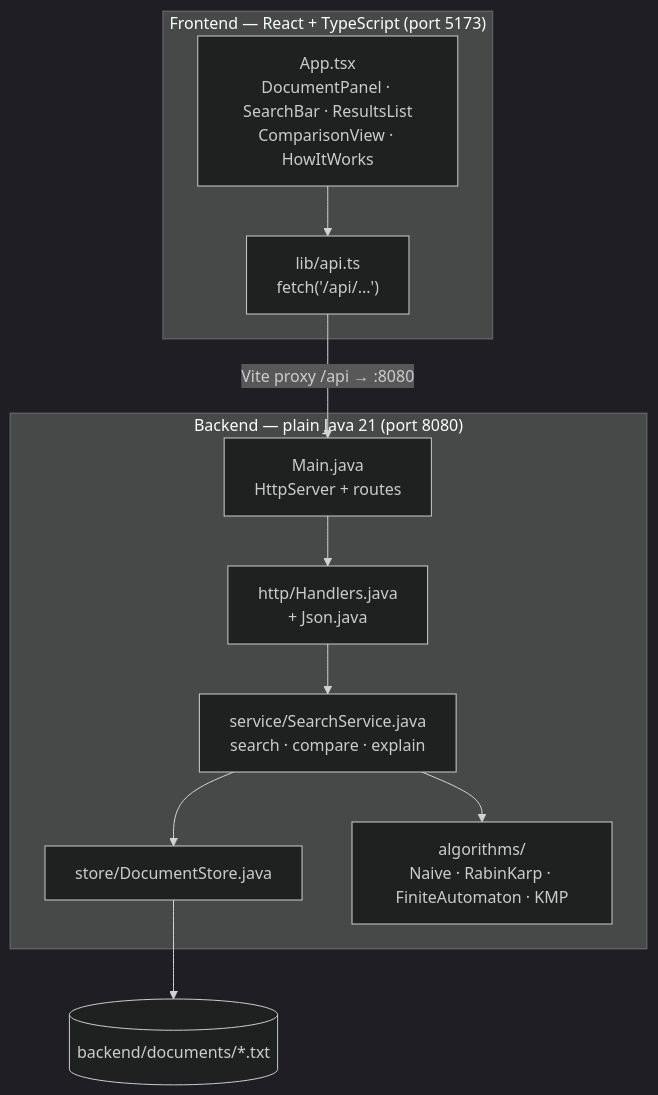
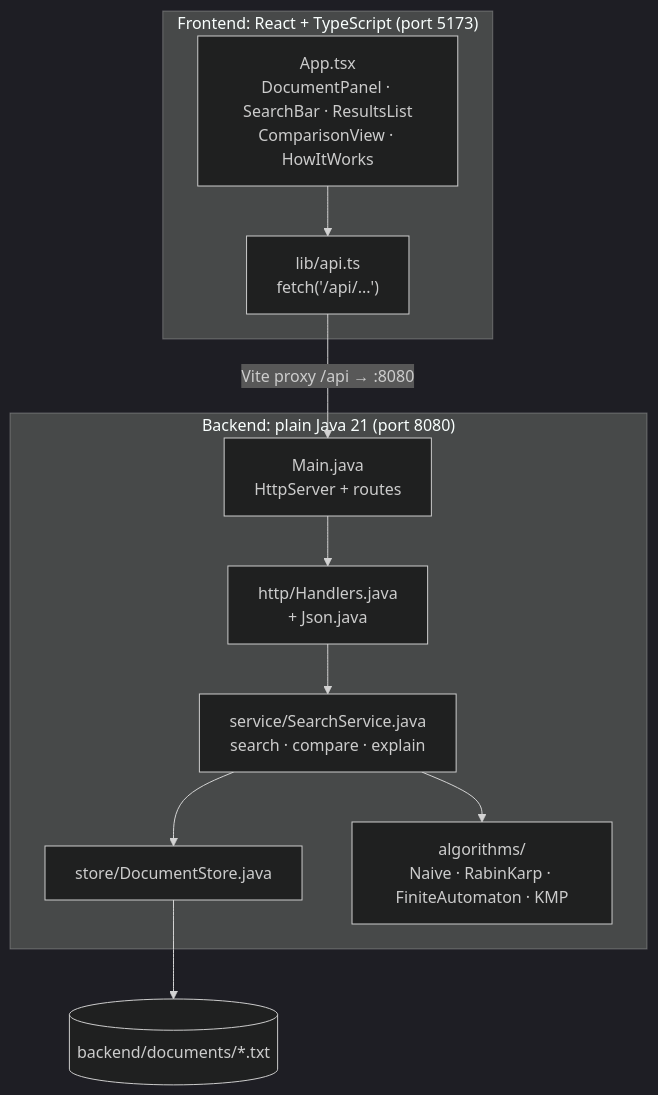
The second of 4 diagrams in docs/01-project-overview.md (xRajbhogx/Document-Search-Engine), drawn with Mermaid (dark theme) before and after one commit. The commit also changed 8 other files, not shown here.

````diff
--- a/docs/01-project-overview.md
+++ b/docs/01-project-overview.md
@@ -32,22 +32,22 @@
 ```mermaid
 flowchart TB
-    subgraph Browser["Frontend — React + TypeScript (port 5173)"]
+    subgraph Browser["Frontend: React + TypeScript (port 5173)"]
         UI["App.tsx<br/>DocumentPanel · SearchBar · ResultsList<br/>ComparisonView · HowItWorks"]
         API["lib/api.ts<br/>fetch('/api/...')"]
         UI --> API
     end
 
-    subgraph Server["Backend — plain Java 21 (port 8080)"]
+    subgraph Server["Backend: plain Java 21 (port 8080)"]
         Main["Main.java<br/>HttpServer + routes"]
         H["http/Handlers.java<br/>+ Json.java"]
         SS["service/SearchService.java<br/>search · compare · explain"]
         DS["store/DocumentStore.java"]
         ALG["algorithms/<br/>Naive · RabinKarp · FiniteAutomaton · KMP"]
         Main --> H --> SS
         SS --> DS
         SS --> ALG
     end
 
     API -->|"Vite proxy /api → :8080"| Main
     DS --> FILES[("backend/documents/*.txt")]
 ```
````
